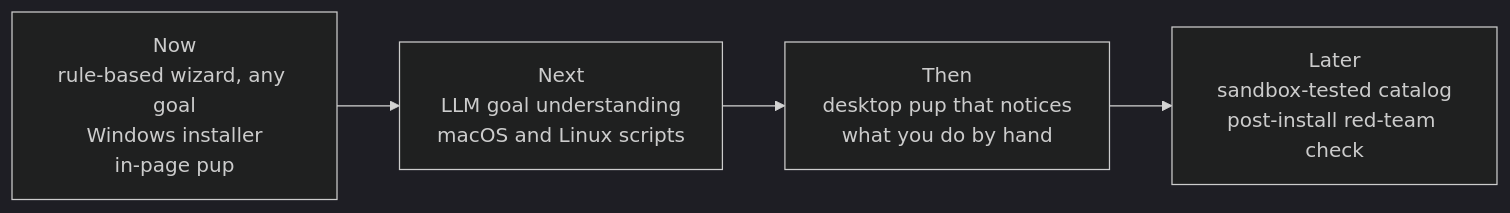
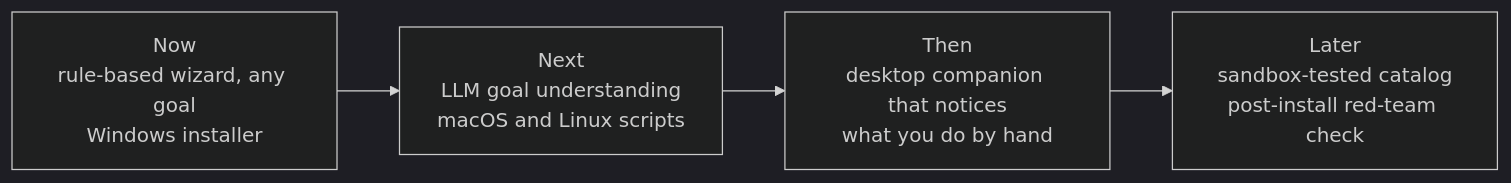
Before and after one commit to Arnav-dll/AgentReady: the fifth of 5 diagrams in README.md, drawn with Mermaid (dark theme). The commit also changed other lines of this file and 3 other files, not shown here.

First line of the commit message:
Remove the companion pup

````diff
--- a/README.md
+++ b/README.md
@@ -251,6 +231,6 @@
 ```mermaid
 flowchart LR
-    N["Now<br/>rule-based wizard, any goal<br/>Windows installer<br/>in-page pup"] --> A["Next<br/>LLM goal understanding<br/>macOS and Linux scripts"]
-    A --> B["Then<br/>desktop pup that notices<br/>what you do by hand"]
+    N["Now<br/>rule-based wizard, any goal<br/>Windows installer"] --> A["Next<br/>LLM goal understanding<br/>macOS and Linux scripts"]
+    A --> B["Then<br/>desktop companion that notices<br/>what you do by hand"]
     B --> C["Later<br/>sandbox-tested catalog<br/>post-install red-team check"]
 ```
````
